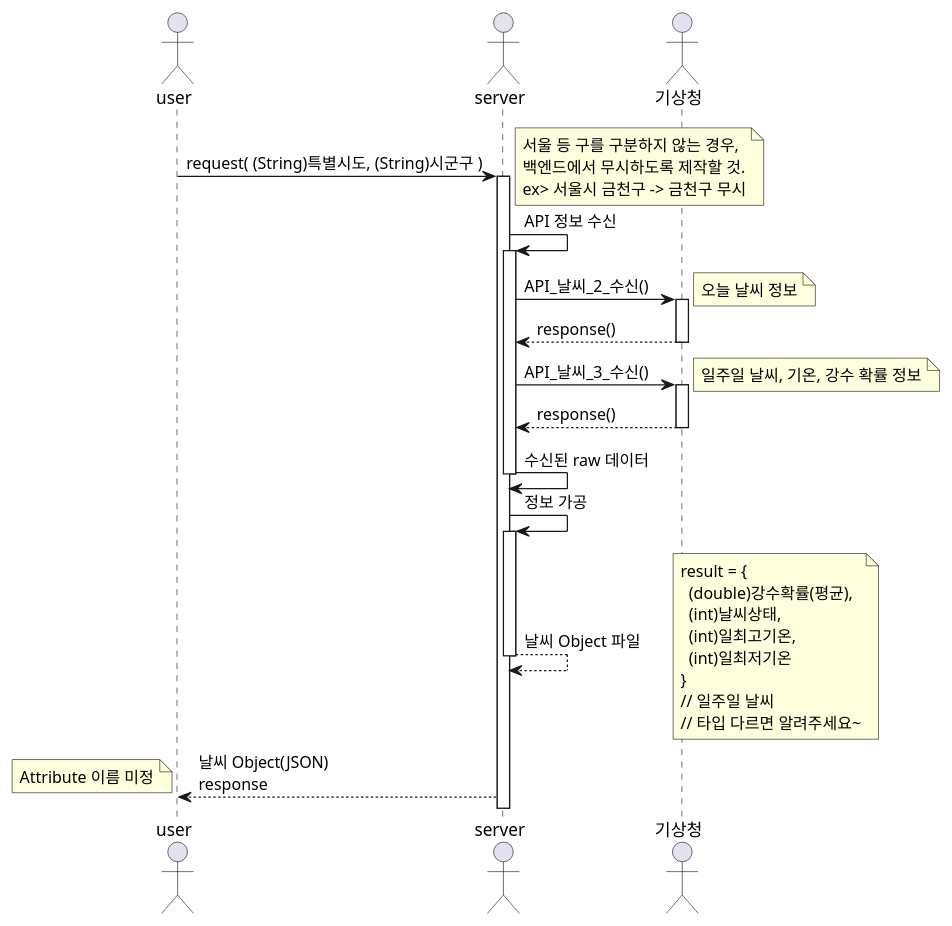
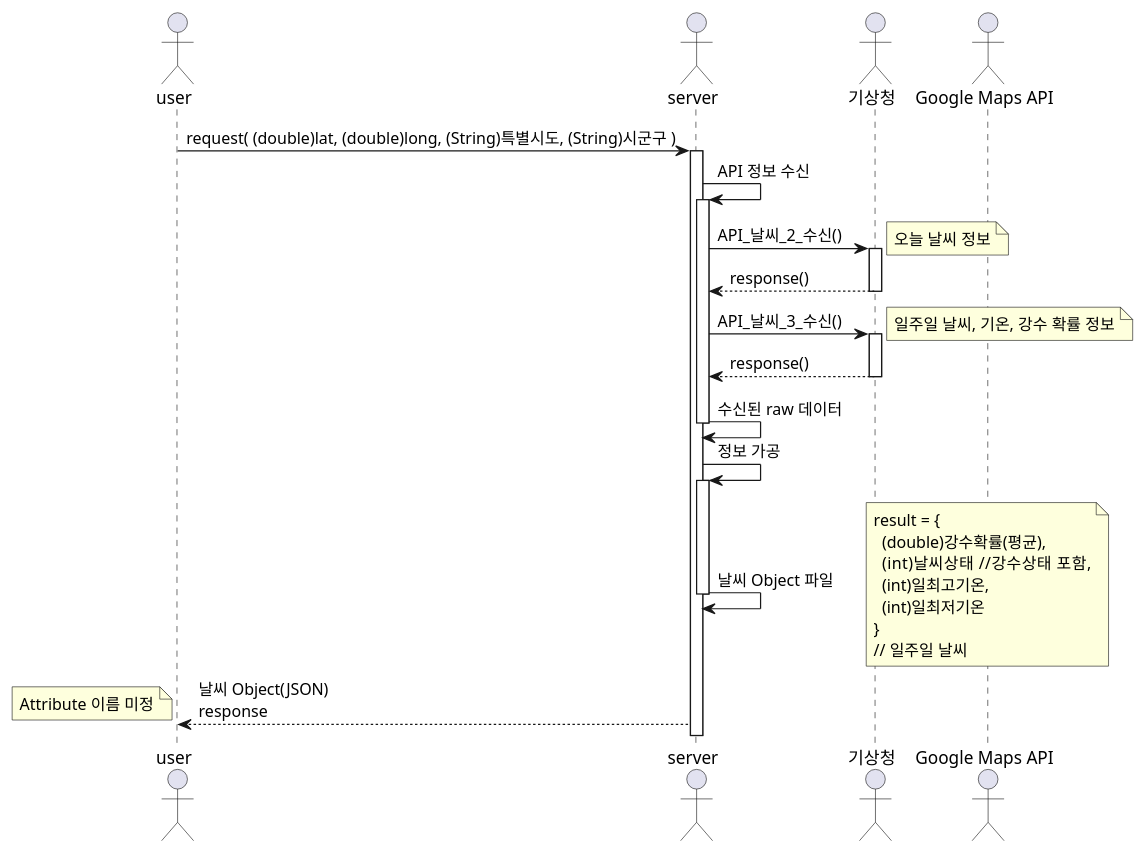
Before and after one commit to Team-Kelly/Requirements: the diagram in uml/seq_weather_week_realtime.puml, drawn with PlantUML. The commit also changed 4 other files, not shown here.

```diff
--- a/uml/seq_weather_week_realtime.puml
+++ b/uml/seq_weather_week_realtime.puml
@@ -1,40 +1,51 @@
 @startuml seq_weather_week_realtime
 
 actor user
 actor server
 actor weather as "기상청"
+actor google as "Google Maps API"
 
-user -> server : request( (String)특별시도, (String)시군구 )
-note right: 서울 등 구를 구분하지 않는 경우,\n백엔드에서 무시하도록 제작할 것.\nex> 서울시 금천구 -> 금천구 무시
+user -> server : request( (double)lat, (double)long, (String)특별시도, (String)시군구 )
 activate server
+
+
+' server -> server: 행정구역명 확인
+' activate server
+' server -> google : 행정구역명_확인(lat, long)
+' activate google
+' google --> server : 행정구역명(String)
+' deactivate google
+' server -> server : 행정구역명(String)
+' deactivate server
 
 
 server -> server : API 정보 수신
 activate server
 server -> weather : API_날씨_2_수신()
 note right: 오늘 날씨 정보
 activate weather
 weather --> server : response()
 deactivate weather
+
 
 server -> weather : API_날씨_3_수신()
 note right: 일주일 날씨, 기온, 강수 확률 정보
 activate weather
 weather --> server : response()
 deactivate weather
 server -> server : 수신된 raw 데이터
 deactivate server
 
 server -> server : 정보 가공
 
 activate server
 
 
-server --> server : 날씨 Object 파일
-note right : result = {\n  (double)강수확률(평균),\n  (int)날씨상태,\n  (int)일최고기온,\n  (int)일최저기온\n}\n// 일주일 날씨\n// 타입 다르면 알려주세요~
+server -> server : 날씨 Object 파일
+note right : result = {\n  (double)강수확률(평균),\n  (int)날씨상태   //강수상태 포함,\n  (int)일최고기온,\n  (int)일최저기온\n}\n// 일주일 날씨
 deactivate server
 
 server --> user : 날씨 Object(JSON)\nresponse
 note left : Attribute 이름 미정
 
 @enduml
```
